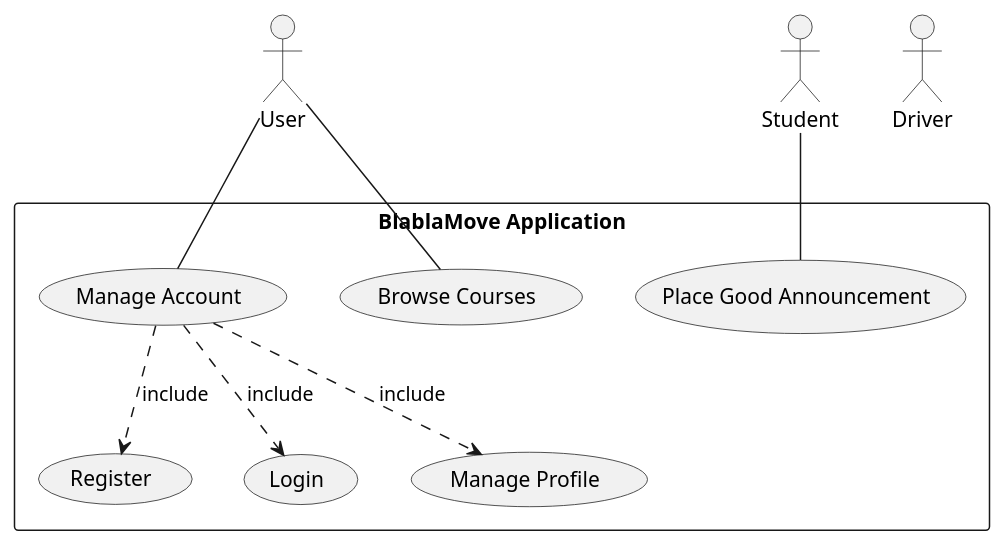
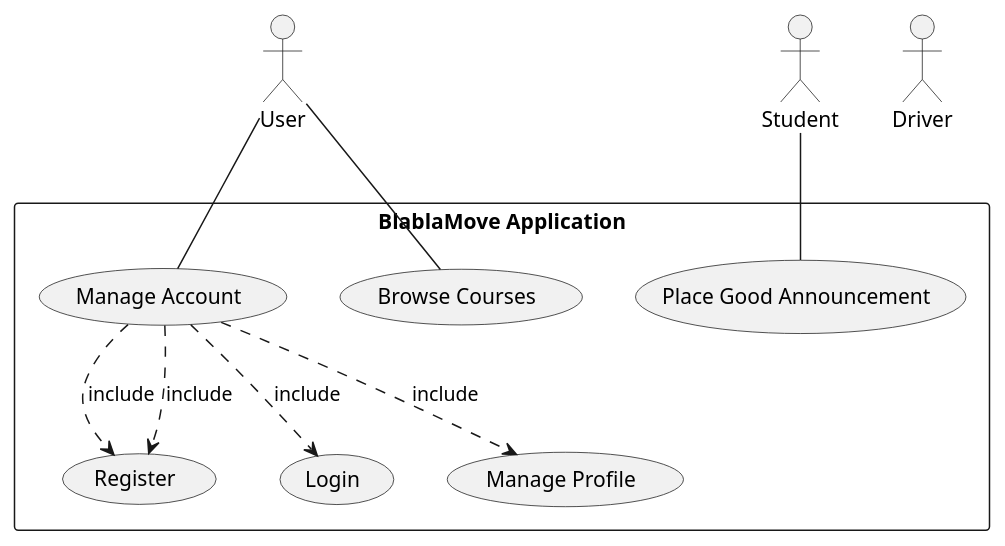
One commit to acouvreur/software-architecture-project changed the diagram in deliverables/plantUML/usecase.wsd. Above: the diagram before and after it, drawn with PlantUML. The commit also changed 1 other file, not shown here.

```diff
--- a/deliverables/plantUML/usecase.wsd
+++ b/deliverables/plantUML/usecase.wsd
@@ -1,18 +1,20 @@
 @startuml useCase
 actor User as user
 actor Student as student
 actor Driver as driver
 
 rectangle "BlablaMove Application" {    
   (Manage Account) as (manageAcc)
   
   student -- (Place Good Announcement)
+  (manageAcc) -.> (Register) : include
+
   user -- (manageAcc)
   (manageAcc) -.> (Register) : include
   (manageAcc) -.> (Login) : include
   (manageAcc) -.> (Manage Profile) : include
 
   user -- (Browse Courses)
 }
 
 @enduml
```
